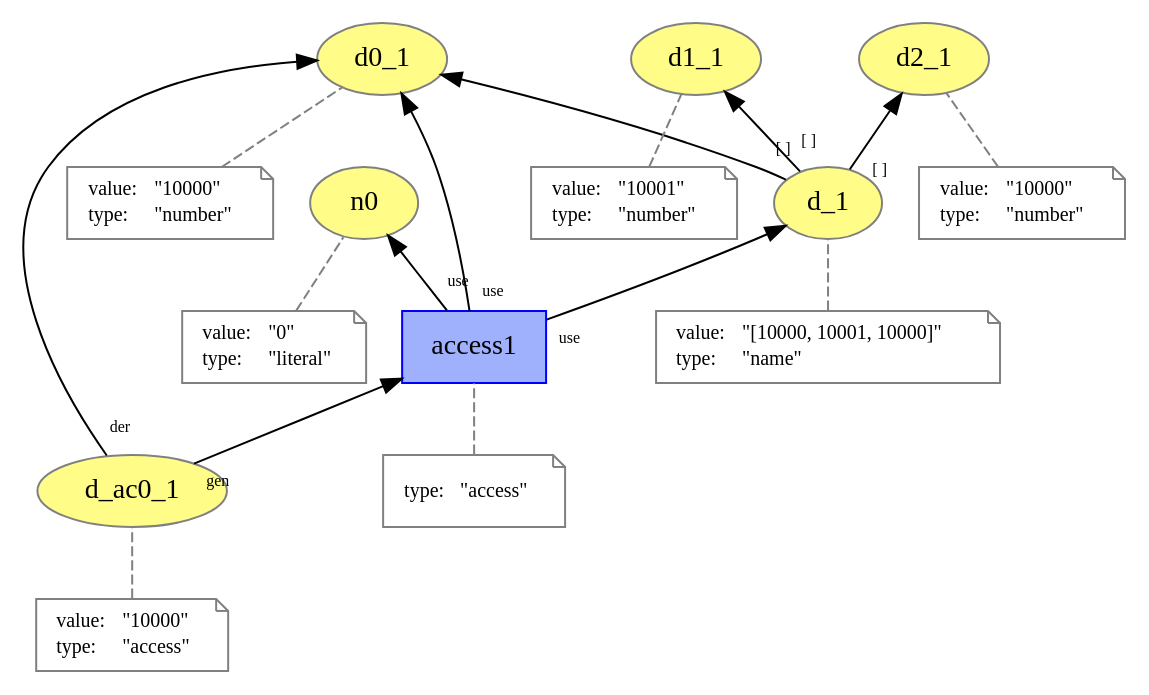
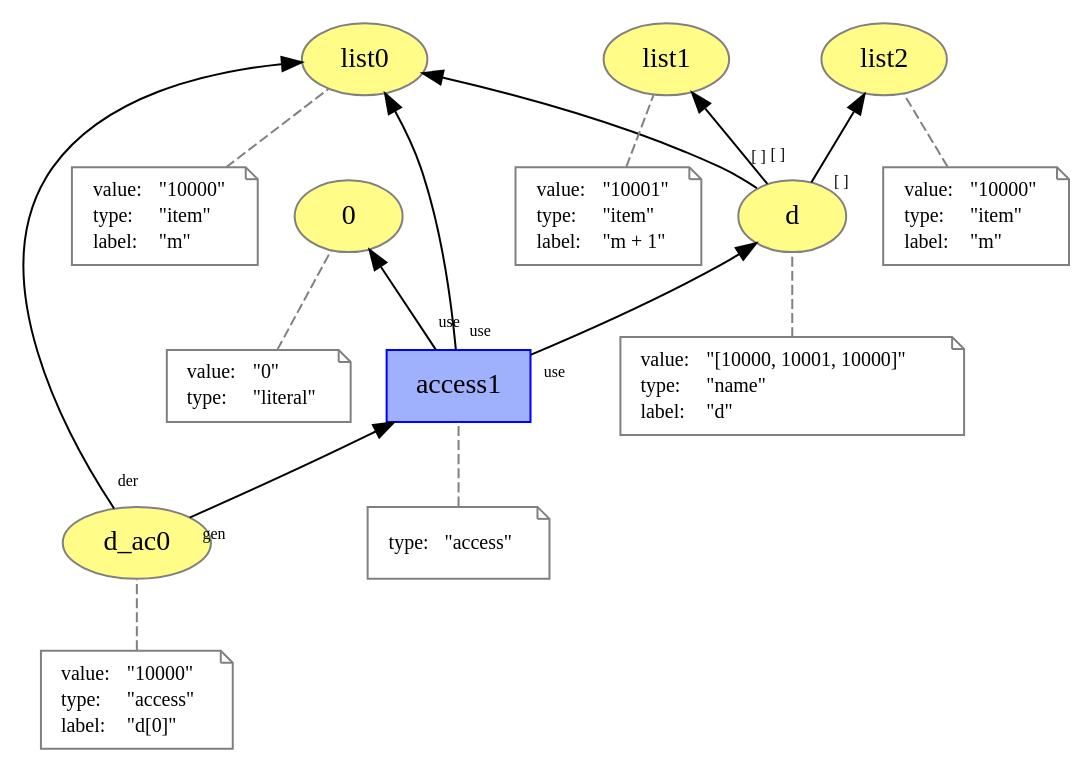
Before and after one commit to dew-uff/versioned-prov: the diagram in plain_prov/access.dot, drawn with Graphviz. The commit also changed 51 other files, not shown here.

```diff
--- a/plain_prov/access.dot
+++ b/plain_prov/access.dot
@@ -1,90 +1,110 @@
 digraph "PROV" { size="16,12"; rankdir="BT";
-"http://example.org/d_1" [fillcolor="#FFFC87",color="#808080",style="filled",label="d_1",URL="http://example.org/d_1"]
+"http://example.org/d" [fillcolor="#FFFC87",color="#808080",style="filled",label="d",URL="http://example.org/d"]
 "-attrs0" [color="gray",shape="note",fontsize="10",fontcolor="black",label=<<TABLE cellpadding="0" border="0">
 	<TR>
 	    <TD align="left">value:</TD>
 	    <TD align="left">&quot;[10000, 10001, 10000]&quot;</TD>
 	</TR>
 	<TR>
 	    <TD align="left">type:</TD>
 	    <TD align="left">&quot;name&quot;</TD>
 	</TR>
+	<TR>
+	    <TD align="left">label:</TD>
+	    <TD align="left">&quot;d&quot;</TD>
+	</TR>
 </TABLE>>]
-"-attrs0" -> "http://example.org/d_1" [color="gray",style="dashed",arrowhead="none"]
-"http://example.org/d0_1" [fillcolor="#FFFC87",color="#808080",style="filled",label="d0_1",URL="http://example.org/d0_1"]
+"-attrs0" -> "http://example.org/d" [color="gray",style="dashed",arrowhead="none"]
+"http://example.org/list0" [fillcolor="#FFFC87",color="#808080",style="filled",label="list0",URL="http://example.org/list0"]
 "-attrs1" [color="gray",shape="note",fontsize="10",fontcolor="black",label=<<TABLE cellpadding="0" border="0">
 	<TR>
 	    <TD align="left">value:</TD>
 	    <TD align="left">&quot;10000&quot;</TD>
 	</TR>
 	<TR>
 	    <TD align="left">type:</TD>
-	    <TD align="left">&quot;number&quot;</TD>
+	    <TD align="left">&quot;item&quot;</TD>
+	</TR>
+	<TR>
+	    <TD align="left">label:</TD>
+	    <TD align="left">&quot;m&quot;</TD>
 	</TR>
 </TABLE>>]
-"-attrs1" -> "http://example.org/d0_1" [color="gray",style="dashed",arrowhead="none"]
-"http://example.org/d1_1" [fillcolor="#FFFC87",color="#808080",style="filled",label="d1_1",URL="http://example.org/d1_1"]
+"-attrs1" -> "http://example.org/list0" [color="gray",style="dashed",arrowhead="none"]
+"http://example.org/list1" [fillcolor="#FFFC87",color="#808080",style="filled",label="list1",URL="http://example.org/list1"]
 "-attrs2" [color="gray",shape="note",fontsize="10",fontcolor="black",label=<<TABLE cellpadding="0" border="0">
 	<TR>
 	    <TD align="left">value:</TD>
 	    <TD align="left">&quot;10001&quot;</TD>
 	</TR>
 	<TR>
 	    <TD align="left">type:</TD>
-	    <TD align="left">&quot;number&quot;</TD>
+	    <TD align="left">&quot;item&quot;</TD>
+	</TR>
+	<TR>
+	    <TD align="left">label:</TD>
+	    <TD align="left">&quot;m + 1&quot;</TD>
 	</TR>
 </TABLE>>]
-"-attrs2" -> "http://example.org/d1_1" [color="gray",style="dashed",arrowhead="none"]
-"http://example.org/d2_1" [fillcolor="#FFFC87",color="#808080",style="filled",label="d2_1",URL="http://example.org/d2_1"]
+"-attrs2" -> "http://example.org/list1" [color="gray",style="dashed",arrowhead="none"]
+"http://example.org/list2" [fillcolor="#FFFC87",color="#808080",style="filled",label="list2",URL="http://example.org/list2"]
 "-attrs3" [color="gray",shape="note",fontsize="10",fontcolor="black",label=<<TABLE cellpadding="0" border="0">
 	<TR>
 	    <TD align="left">value:</TD>
 	    <TD align="left">&quot;10000&quot;</TD>
 	</TR>
 	<TR>
 	    <TD align="left">type:</TD>
-	    <TD align="left">&quot;number&quot;</TD>
+	    <TD align="left">&quot;item&quot;</TD>
+	</TR>
+	<TR>
+	    <TD align="left">label:</TD>
+	    <TD align="left">&quot;m&quot;</TD>
 	</TR>
 </TABLE>>]
-"-attrs3" -> "http://example.org/d2_1" [color="gray",style="dashed",arrowhead="none"]
-"http://example.org/d_1" -> "http://example.org/d0_1" [labelfontsize="8",labeldistance="1.5",labelangle="60.0",rotation="20",taillabel="[ ]"]
-"http://example.org/d_1" -> "http://example.org/d1_1" [labelfontsize="8",labeldistance="1.5",labelangle="60.0",rotation="20",taillabel="[ ]"]
-"http://example.org/d_1" -> "http://example.org/d2_1" [labelfontsize="8",labeldistance="1.5",labelangle="60.0",rotation="20",taillabel="[ ]"]
-"http://example.org/n0" [fillcolor="#FFFC87",color="#808080",style="filled",label="n0",URL="http://example.org/n0"]
+"-attrs3" -> "http://example.org/list2" [color="gray",style="dashed",arrowhead="none"]
+"http://example.org/d" -> "http://example.org/list0" [labelfontsize="8",labeldistance="1.5",labelangle="60.0",rotation="20",taillabel="[ ]"]
+"http://example.org/d" -> "http://example.org/list1" [labelfontsize="8",labeldistance="1.5",labelangle="60.0",rotation="20",taillabel="[ ]"]
+"http://example.org/d" -> "http://example.org/list2" [labelfontsize="8",labeldistance="1.5",labelangle="60.0",rotation="20",taillabel="[ ]"]
+"http://example.org/0" [fillcolor="#FFFC87",color="#808080",style="filled",label="0",URL="http://example.org/0"]
 "-attrs4" [color="gray",shape="note",fontsize="10",fontcolor="black",label=<<TABLE cellpadding="0" border="0">
 	<TR>
 	    <TD align="left">value:</TD>
 	    <TD align="left">&quot;0&quot;</TD>
 	</TR>
 	<TR>
 	    <TD align="left">type:</TD>
 	    <TD align="left">&quot;literal&quot;</TD>
 	</TR>
 </TABLE>>]
-"-attrs4" -> "http://example.org/n0" [color="gray",style="dashed",arrowhead="none"]
-"http://example.org/d_ac0_1" [fillcolor="#FFFC87",color="#808080",style="filled",label="d_ac0_1",URL="http://example.org/d_ac0_1"]
+"-attrs4" -> "http://example.org/0" [color="gray",style="dashed",arrowhead="none"]
+"http://example.org/d_ac0" [fillcolor="#FFFC87",color="#808080",style="filled",label="d_ac0",URL="http://example.org/d_ac0"]
 "-attrs5" [color="gray",shape="note",fontsize="10",fontcolor="black",label=<<TABLE cellpadding="0" border="0">
 	<TR>
 	    <TD align="left">value:</TD>
 	    <TD align="left">&quot;10000&quot;</TD>
 	</TR>
 	<TR>
 	    <TD align="left">type:</TD>
 	    <TD align="left">&quot;access&quot;</TD>
 	</TR>
+	<TR>
+	    <TD align="left">label:</TD>
+	    <TD align="left">&quot;d[0]&quot;</TD>
+	</TR>
 </TABLE>>]
-"-attrs5" -> "http://example.org/d_ac0_1" [color="gray",style="dashed",arrowhead="none"]
+"-attrs5" -> "http://example.org/d_ac0" [color="gray",style="dashed",arrowhead="none"]
 "http://example.org/access1" [fillcolor="#9FB1FC",color="#0000FF",shape="polygon",sides="4",style="filled",label="access1",URL="http://example.org/access1"]
 "-attrs6" [color="gray",shape="note",fontsize="10",fontcolor="black",label=<<TABLE cellpadding="0" border="0">
 	<TR>
 	    <TD align="left">type:</TD>
 	    <TD align="left">&quot;access&quot;</TD>
 	</TR>
 </TABLE>>]
 "-attrs6" -> "http://example.org/access1" [color="gray",style="dashed",arrowhead="none"]
-"http://example.org/access1" -> "http://example.org/d_1" [labelfontsize="8",labeldistance="1.5",labelangle="60.0",rotation="20",taillabel="use"]
-"http://example.org/access1" -> "http://example.org/n0" [labelfontsize="8",labeldistance="1.5",labelangle="60.0",rotation="20",taillabel="use"]
-"http://example.org/access1" -> "http://example.org/d0_1" [labelfontsize="8",labeldistance="1.5",labelangle="60.0",rotation="20",taillabel="use"]
-"http://example.org/d_ac0_1" -> "http://example.org/access1" [labelfontsize="8",labeldistance="1.5",labelangle="60.0",rotation="20",taillabel="gen"]
-"http://example.org/d_ac0_1" -> "http://example.org/d0_1" [labelfontsize="8",labeldistance="1.5",labelangle="60.0",rotation="20",taillabel="der"]
+"http://example.org/access1" -> "http://example.org/d" [labelfontsize="8",labeldistance="1.5",labelangle="60.0",rotation="20",taillabel="use"]
+"http://example.org/access1" -> "http://example.org/0" [labelfontsize="8",labeldistance="1.5",labelangle="60.0",rotation="20",taillabel="use"]
+"http://example.org/access1" -> "http://example.org/list0" [labelfontsize="8",labeldistance="1.5",labelangle="60.0",rotation="20",taillabel="use"]
+"http://example.org/d_ac0" -> "http://example.org/access1" [labelfontsize="8",labeldistance="1.5",labelangle="60.0",rotation="20",taillabel="gen"]
+"http://example.org/d_ac0" -> "http://example.org/list0" [labelfontsize="8",labeldistance="1.5",labelangle="60.0",rotation="20",taillabel="der"]
 }
```
